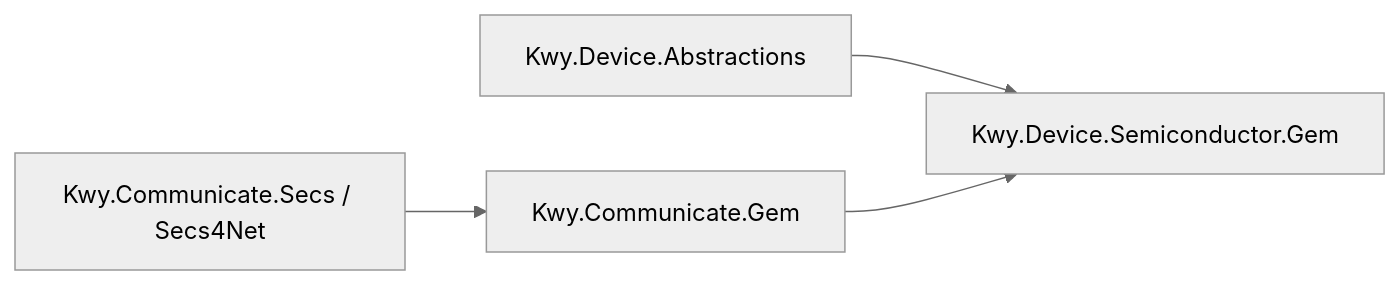
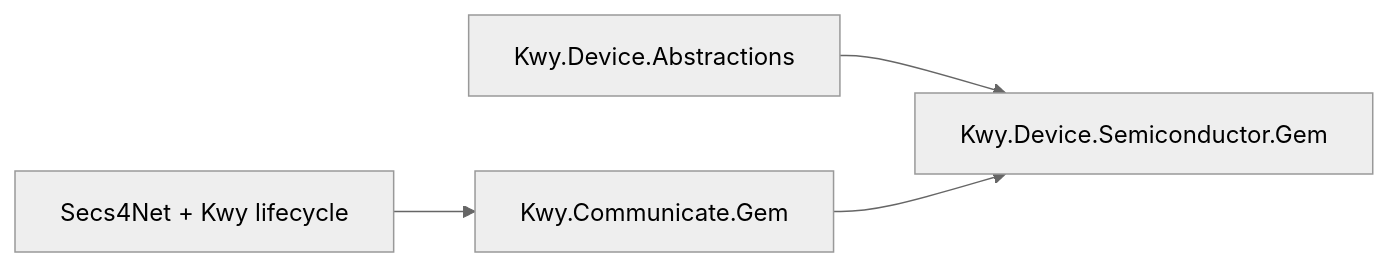
The diagram in Kwy.Device.Semiconductor.Gem/README.md (SheriffBlack/KwyFramework), drawn with Mermaid (neutral theme) before and after one commit. The commit also changed other lines of this file and 30 other files, not shown here.

Commit message:
SECS/GEM 优化

````diff
--- a/Kwy.Device.Semiconductor.Gem/README.md
+++ b/Kwy.Device.Semiconductor.Gem/README.md
@@ -9,6 +9,6 @@
 ```mermaid
 flowchart LR
     Device["Kwy.Device.Abstractions"] --> Bridge["Kwy.Device.Semiconductor.Gem"]
     Gem["Kwy.Communicate.Gem"] --> Bridge
-    Secs["Kwy.Communicate.Secs / Secs4Net"] --> Gem
+    Secs["Secs4Net + Kwy lifecycle"] --> Gem
 ```
````
